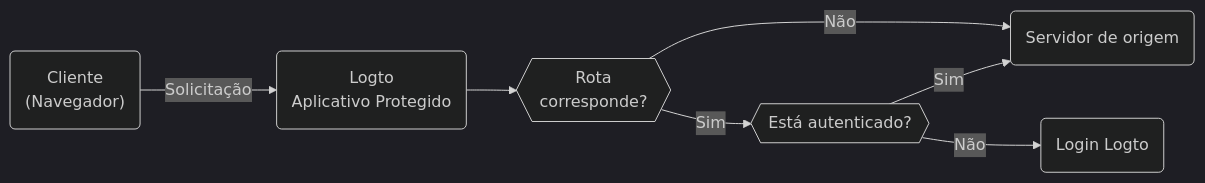
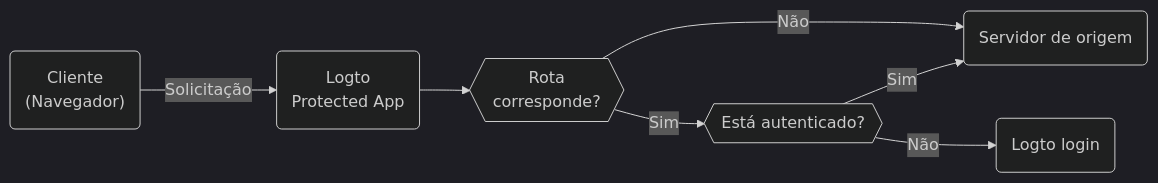
The diagram in i18n/pt-BR/docusaurus-plugin-content-docs/current/integrate-logto/protected-app.mdx (logto-io/docs), drawn with Mermaid (dark theme) before and after one commit. The commit also changed other lines of this file and 174 other files, not shown here.

````diff
--- a/i18n/pt-BR/docusaurus-plugin-content-docs/current/integrate-logto/protected-app.mdx
+++ b/i18n/pt-BR/docusaurus-plugin-content-docs/current/integrate-logto/protected-app.mdx
@@ -17,9 +19,9 @@
 ```mermaid
 graph LR
-  A("Cliente<br/>(Navegador)") -->|Solicitação| B(Logto<br/>Aplicativo Protegido)
+  A("Cliente<br/>(Navegador)") -->|Solicitação| B(Logto<br/>Protected App)
   B --> Condition{{Rota<br/>corresponde?}}
   Condition -->|Sim| Matched{{Está autenticado?}}
   Matched -->|Sim| C(Servidor de origem)
-  Matched -->|Não| D(Login Logto)
+  Matched -->|Não| D(Logto login)
   Condition -->|Não| C
 ```
````
